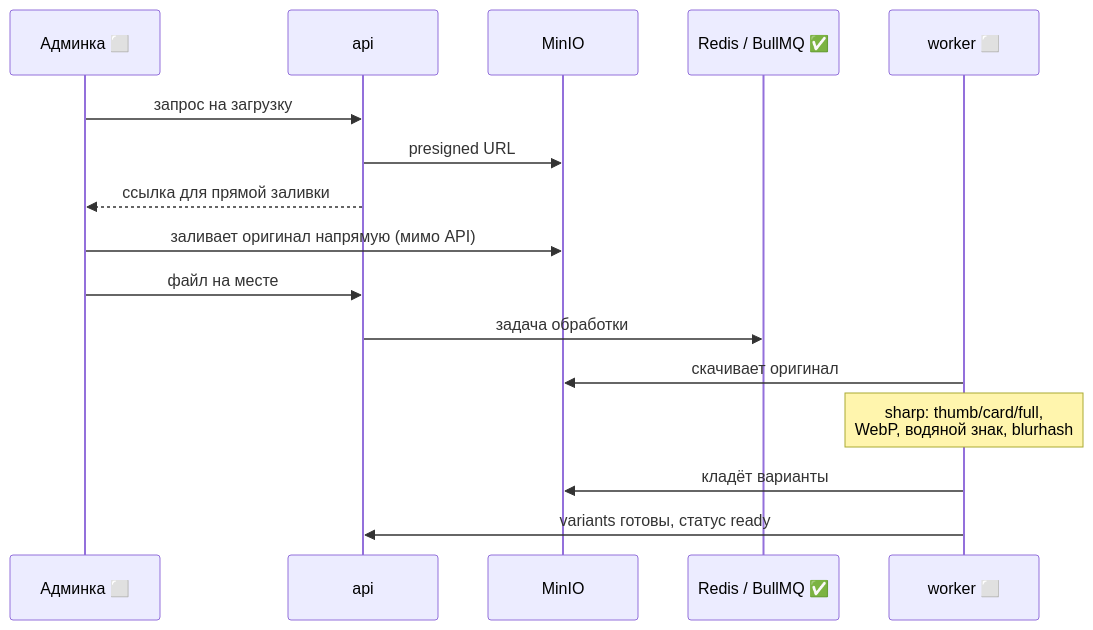
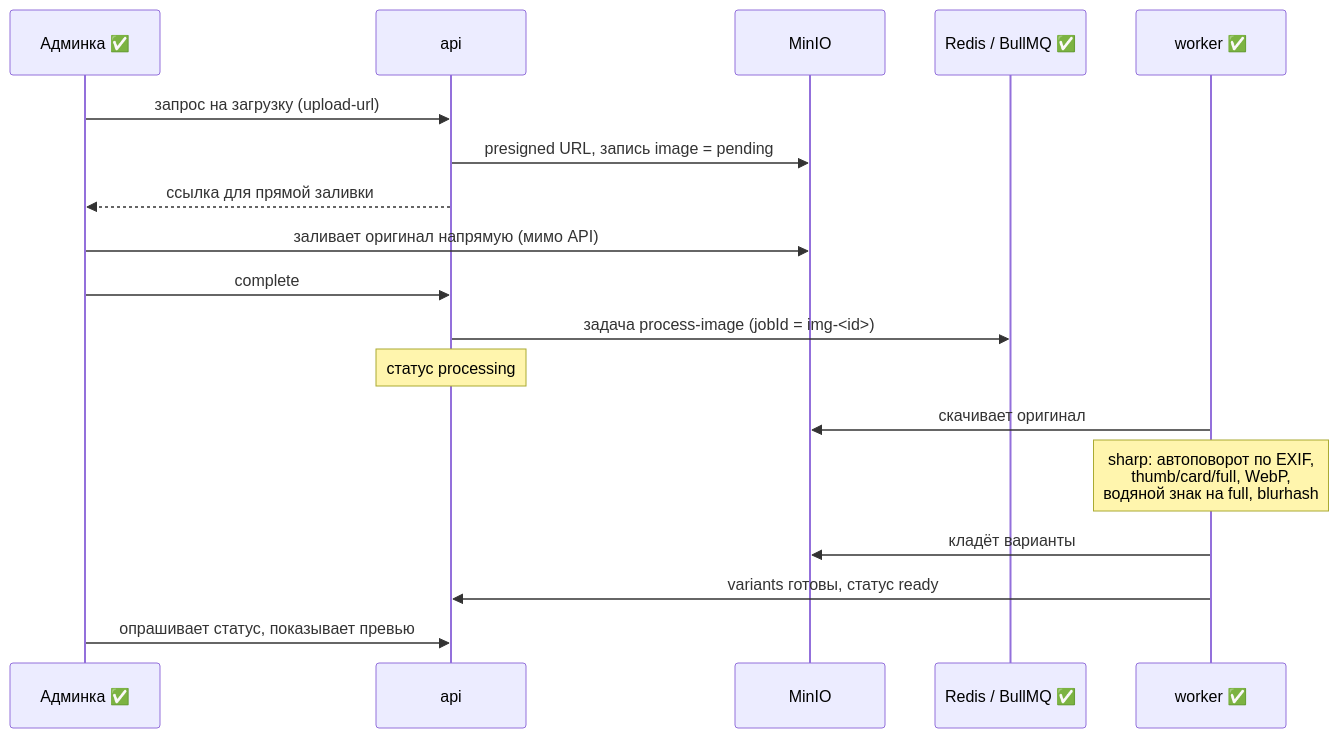
Before and after one commit to ElamanBaiguanishev/artshop: the fourth of 6 diagrams in docs/SYSTEM.md, drawn with Mermaid. The commit also changed other lines of this file and 21 other files, not shown here.

````diff
--- a/docs/SYSTEM.md
+++ b/docs/SYSTEM.md
@@ -199,19 +200,21 @@
 ```mermaid
 sequenceDiagram
-    participant A as Админка ⬜
+    participant A as Админка ✅
     participant API as api
     participant S3 as MinIO
     participant Q as Redis / BullMQ ✅
-    participant WK as worker ⬜
+    participant WK as worker ✅
 
-    A->>API: запрос на загрузку
-    API->>S3: presigned URL
+    A->>API: запрос на загрузку (upload-url)
+    API->>S3: presigned URL, запись image = pending
     API-->>A: ссылка для прямой заливки
     A->>S3: заливает оригинал напрямую (мимо API)
-    A->>API: файл на месте
-    API->>Q: задача обработки
+    A->>API: complete
+    API->>Q: задача process-image (jobId = img-<id>)
+    Note over API: статус processing
     WK->>S3: скачивает оригинал
-    Note over WK: sharp: thumb/card/full,<br/>WebP, водяной знак, blurhash
+    Note over WK: sharp: автоповорот по EXIF,<br/>thumb/card/full, WebP,<br/>водяной знак на full, blurhash
     WK->>S3: кладёт варианты
     WK->>API: variants готовы, статус ready
+    A->>API: опрашивает статус, показывает превью
 ```
````
